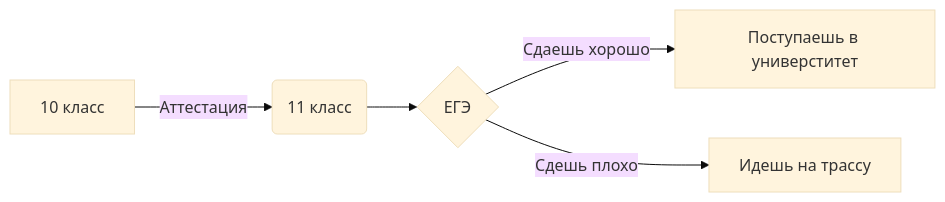
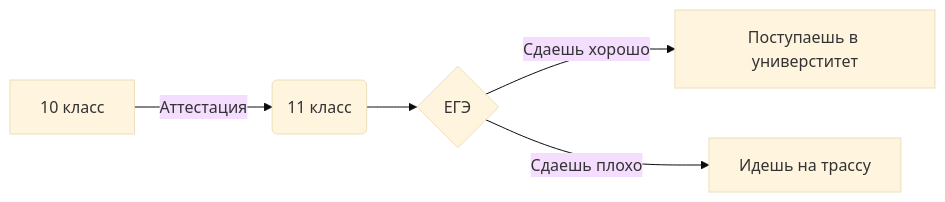
Before and after one commit to weissok/122: the diagram in README.md, drawn with Mermaid (base theme).

````diff
--- a/README.md
+++ b/README.md
@@ -37,8 +37,8 @@
 ```mermaid
 flowchart LR
 
 A[10 класс] -->|Аттестация| B(11 класс)
 B --> C{ЕГЭ}
 C -->|Сдаешь хорошо| D[Поступаешь в универститет]
-C -->|Сдешь плохо| E[Идешь на трассу]
+C -->|Сдаешь плохо| E[Идешь на трассу]
 ```
````
